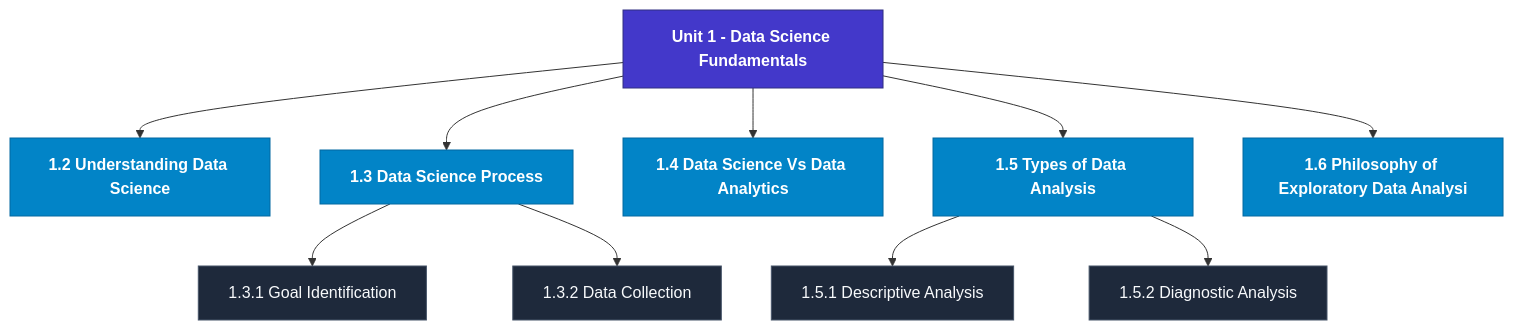
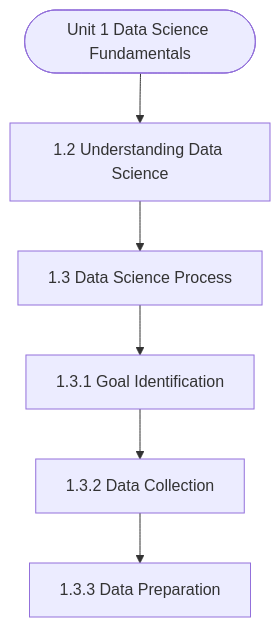
The diagram in notes/Semester_1/MCS-062_Introduction_to_Data_Science/unit_01_Data_Science_Fundamentals.md (Asutosh-Coaching/mscdsa), drawn with Mermaid before and after one commit. The commit also changed other lines of this file and 115 other files, not shown here.

Commit message:
Fix Mermaid layout for mobile, isolate LaTeX delimiters, and add GitHub Pages reader

````diff
--- a/notes/Semester_1/MCS-062_Introduction_to_Data_Science/unit_01_Data_Science_Fundamentals.md
+++ b/notes/Semester_1/MCS-062_Introduction_to_Data_Science/unit_01_Data_Science_Fundamentals.md
@@ -19,27 +19,14 @@
 ```mermaid
 flowchart TD
-  %% Styling Definitions
-  classDef head fill:#4338ca,stroke:#312e81,color:#ffffff,font-weight:bold;
-  classDef topic fill:#0284c7,stroke:#0369a1,color:#ffffff,font-weight:600;
-  classDef sub fill:#1e293b,stroke:#475569,color:#f8fafc;
-
-  Root["Unit 1 - Data Science Fundamentals"]:::head
-  M1["1.2 Understanding Data Science"]:::topic
-  Root --> M1
-  M2["1.3 Data Science Process"]:::topic
-  Root --> M2
-  M2_1["1.3.1 Goal Identification"]:::sub
-  M2 --> M2_1
-  M2_2["1.3.2 Data Collection"]:::sub
-  M2 --> M2_2
-  M3["1.4 Data Science Vs Data Analytics"]:::topic
-  Root --> M3
-  M4["1.5 Types of Data Analysis"]:::topic
-  Root --> M4
-  M4_1["1.5.1 Descriptive Analysis"]:::sub
-  M4 --> M4_1
-  M4_2["1.5.2 Diagnostic Analysis"]:::sub
-  M4 --> M4_2
-  M5["1.6 Philosophy of Exploratory Data Analysi"]:::topic
-  Root --> M5
+  Start(["Unit 1 Data Science Fundamentals"])
+  N1["1.2 Understanding Data Science"]
+  N2["1.3 Data Science Process"]
+  N3["1.3.1 Goal Identification"]
+  N4["1.3.2 Data Collection"]
+  N5["1.3.3 Data Preparation"]
+  Start --> N1
+  N1 --> N2
+  N2 --> N3
+  N3 --> N4
+  N4 --> N5
 ```
````
